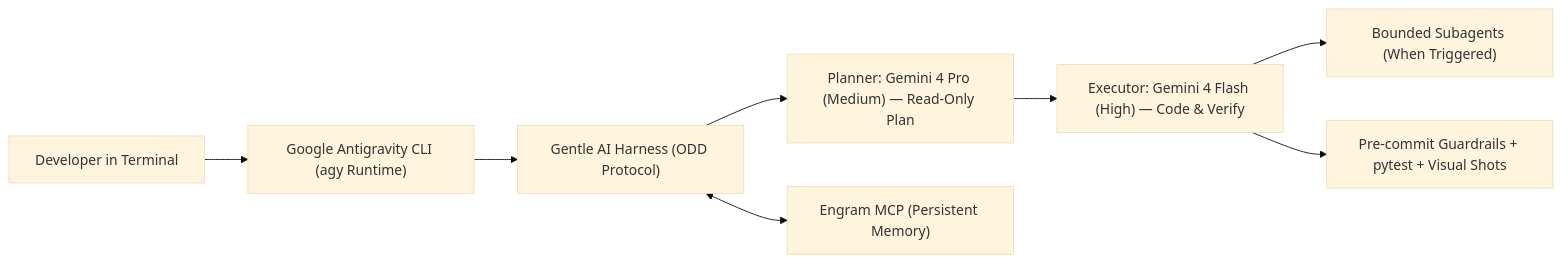
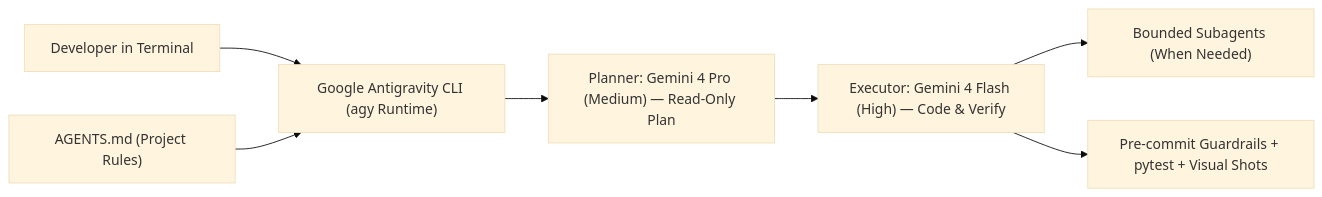
The diagram in docs/ai-engineering-workflow.md (LeanoA/market-radar-demo), drawn with Mermaid (base theme) before and after one commit. The commit also changed other lines of this file and 1 other file, not shown here.

Commit message:
docs: simplify AI workflow guide around Antigravity, Plan Mode, AGENTS.md, and skills

````diff
--- a/docs/ai-engineering-workflow.md
+++ b/docs/ai-engineering-workflow.md
@@ -25,10 +24,9 @@
 ```mermaid
 flowchart LR
     U["Developer in Terminal"] --> R["Google Antigravity CLI (agy Runtime)"]
-    R --> H["Gentle AI Harness (ODD Protocol)"]
-    H --> P["Planner: Gemini 4 Pro (Medium) — Read-Only Plan"]
+    A["AGENTS.md (Project Rules)"] --> R
+    R --> P["Planner: Gemini 4 Pro (Medium) — Read-Only Plan"]
     P --> E["Executor: Gemini 4 Flash (High) — Code & Verify"]
-    E --> S["Bounded Subagents (When Triggered)"]
-    H <--> M["Engram MCP (Persistent Memory)"]
+    E --> S["Bounded Subagents (When Needed)"]
     E --> G["Pre-commit Guardrails + pytest + Visual Shots"]
 ```
````
